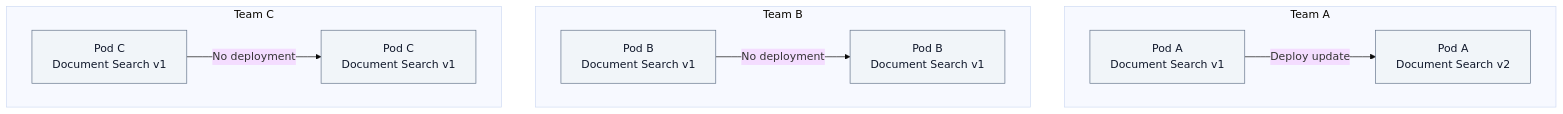
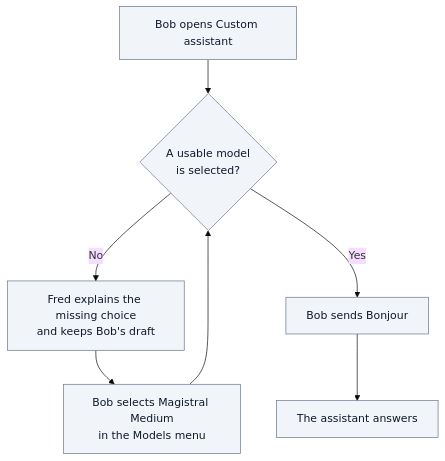
Before and after one commit to ThalesGroup/fred: the second of 2 diagrams in docs/architecture/02.3-agent-administration.md, drawn with Mermaid (base theme). The commit also changed other lines of this file and 49 other files, not shown here.

````diff
--- a/docs/architecture/02.3-agent-administration.md
+++ b/docs/architecture/02.3-agent-administration.md
@@ -36,15 +39,12 @@
 ```mermaid
 flowchart TB
-    subgraph ta["Team A"]
-        a1["Pod A<br/>Document Search v1"] -->|"Deploy update"| a2["Pod A<br/>Document Search v2"]
-    end
-    subgraph tb["Team B"]
-        b1["Pod B<br/>Document Search v1"] -->|"No deployment"| b2["Pod B<br/>Document Search v1"]
-    end
-    subgraph tc["Team C"]
-        c1["Pod C<br/>Document Search v1"] -->|"No deployment"| c2["Pod C<br/>Document Search v1"]
-    end
+    open["Bob opens Custom assistant"] --> check{"A usable model<br/>is selected?"}
+    check -->|"No"| notice["Fred explains the missing choice<br/>and keeps Bob's draft"]
+    notice --> pick["Bob selects Magistral Medium<br/>in the Models menu"]
+    pick --> check
+    check -->|"Yes"| send["Bob sends Bonjour"]
+    send --> answer["The assistant answers"]
 
     classDef neutral fill:#F1F5F9,stroke:#64748B,color:#0F172A
-    class a1,a2,b1,b2,c1,c2 neutral
+    class open,check,notice,pick,send,answer neutral
 ```
````
